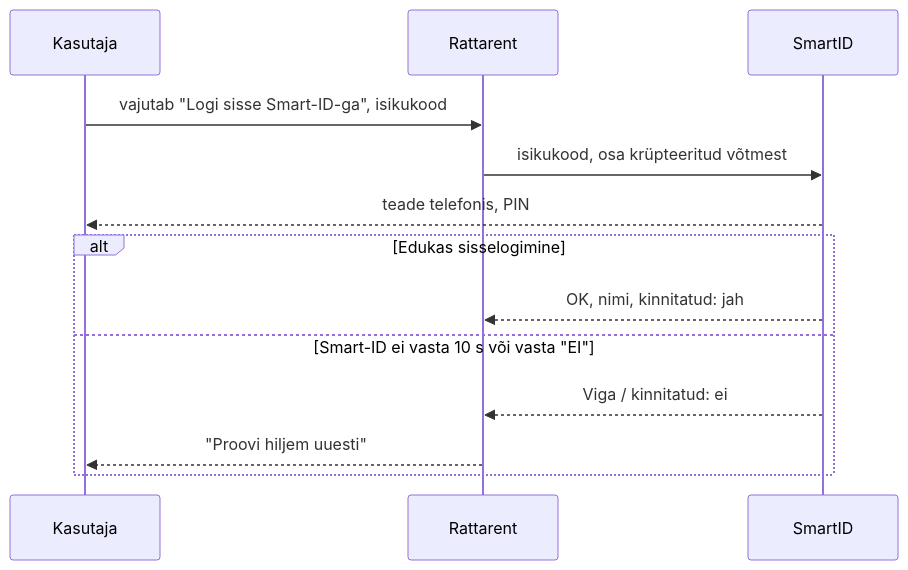
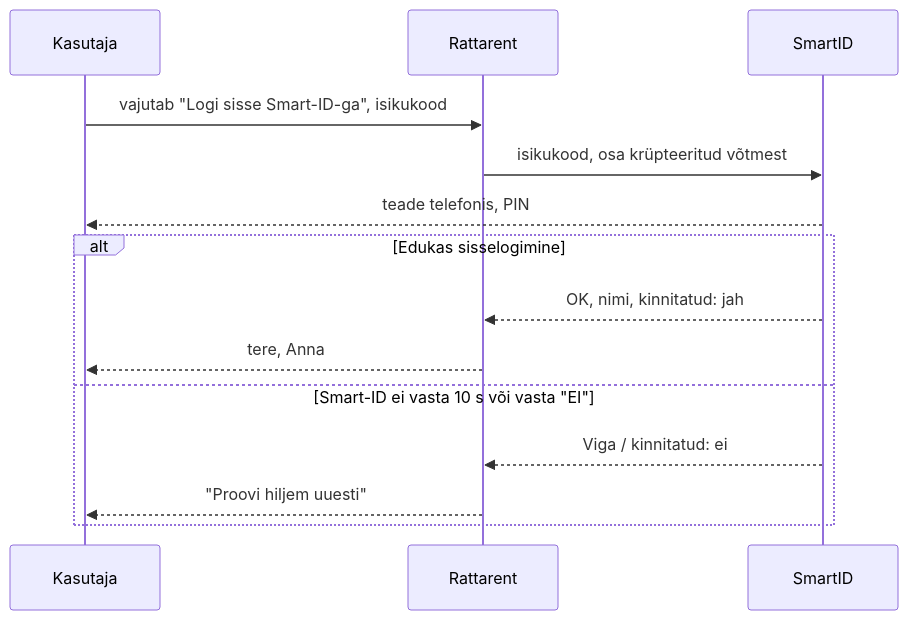
The second of 2 diagrams in README.md (ultrmarine/Kinopiletid), drawn with Mermaid before and after one commit.

````diff
--- a/README.md
+++ b/README.md
@@ -75,13 +75,14 @@
 ```mermaid
 sequenceDiagram
   Kasutaja->>Rattarent: vajutab "Logi sisse Smart-ID-ga", isikukood
   Rattarent->>SmartID: isikukood, osa krüpteeritud võtmest
   SmartID-->>Kasutaja: teade telefonis, PIN
   
   alt Edukas sisselogimine
     SmartID-->>Rattarent: OK, nimi, kinnitatud: jah
+    Rattarent-->>Kasutaja: tere, Anna
   else Smart-ID ei vasta 10 s või vasta "EI"
     SmartID-->>Rattarent: Viga / kinnitatud: ei
     Rattarent-->>Kasutaja: "Proovi hiljem uuesti"
   end
 ```
````
